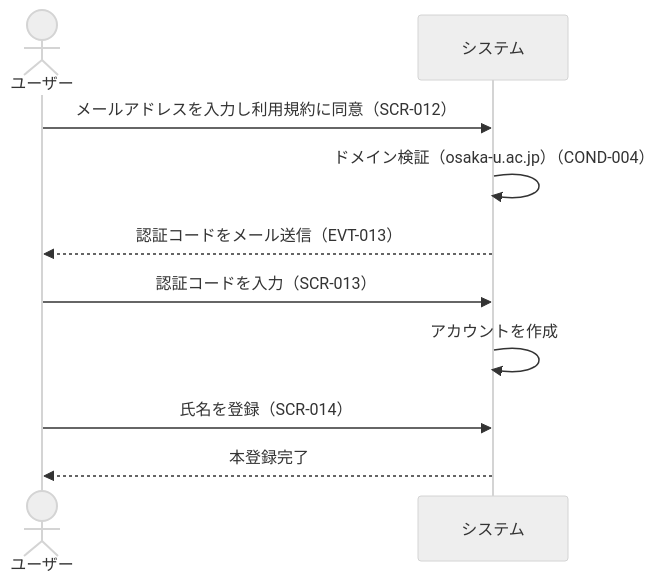
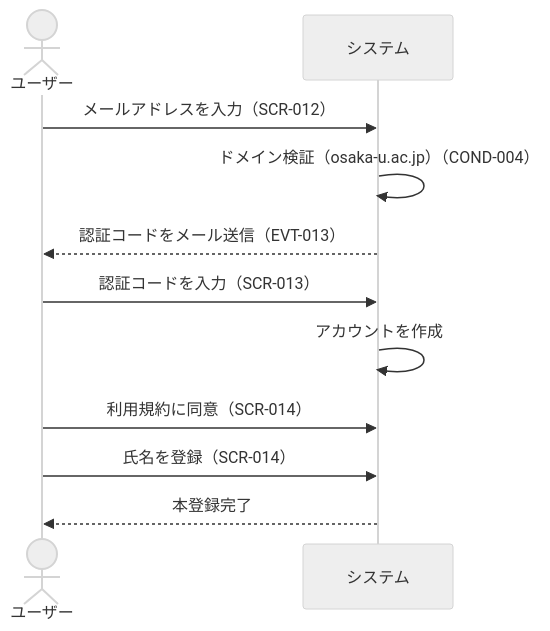
One commit to gdsc-osaka/iclub-reserve changed the second of 9 diagrams in rdra/contexts/user-authentication.md. Above: the diagram before and after it, drawn with Mermaid (neutral theme). The commit also changed other lines of this file and 4 other files, not shown here.

````diff
--- a/rdra/contexts/user-authentication.md
+++ b/rdra/contexts/user-authentication.md
@@ -378,13 +378,14 @@
 ```mermaid
 sequenceDiagram
     actor ユーザー
     participant システム
 
-    ユーザー->>システム: メールアドレスを入力し利用規約に同意（SCR-012）
+    ユーザー->>システム: メールアドレスを入力（SCR-012）
     システム->>システム: ドメイン検証（osaka-u.ac.jp）（COND-004）
     システム-->>ユーザー: 認証コードをメール送信（EVT-013）
     ユーザー->>システム: 認証コードを入力（SCR-013）
     システム->>システム: アカウントを作成
+    ユーザー->>システム: 利用規約に同意（SCR-014）
     ユーザー->>システム: 氏名を登録（SCR-014）
     システム-->>ユーザー: 本登録完了
 ```
````
